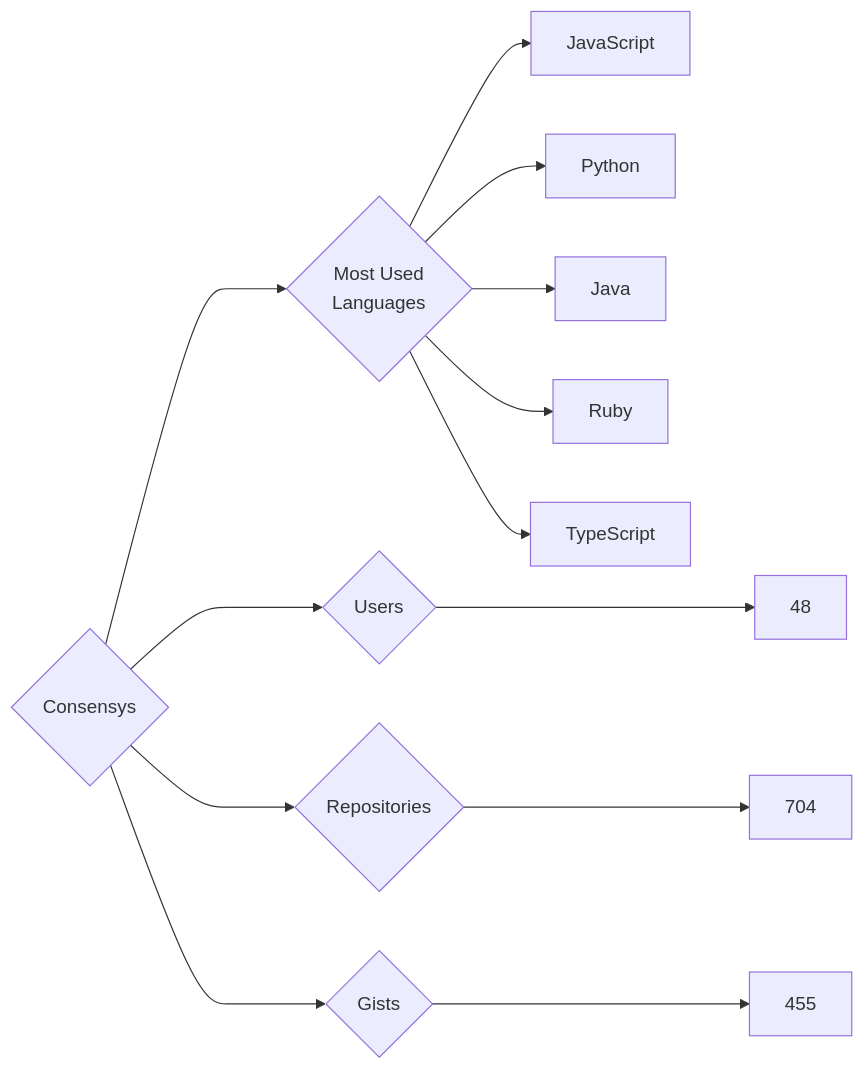
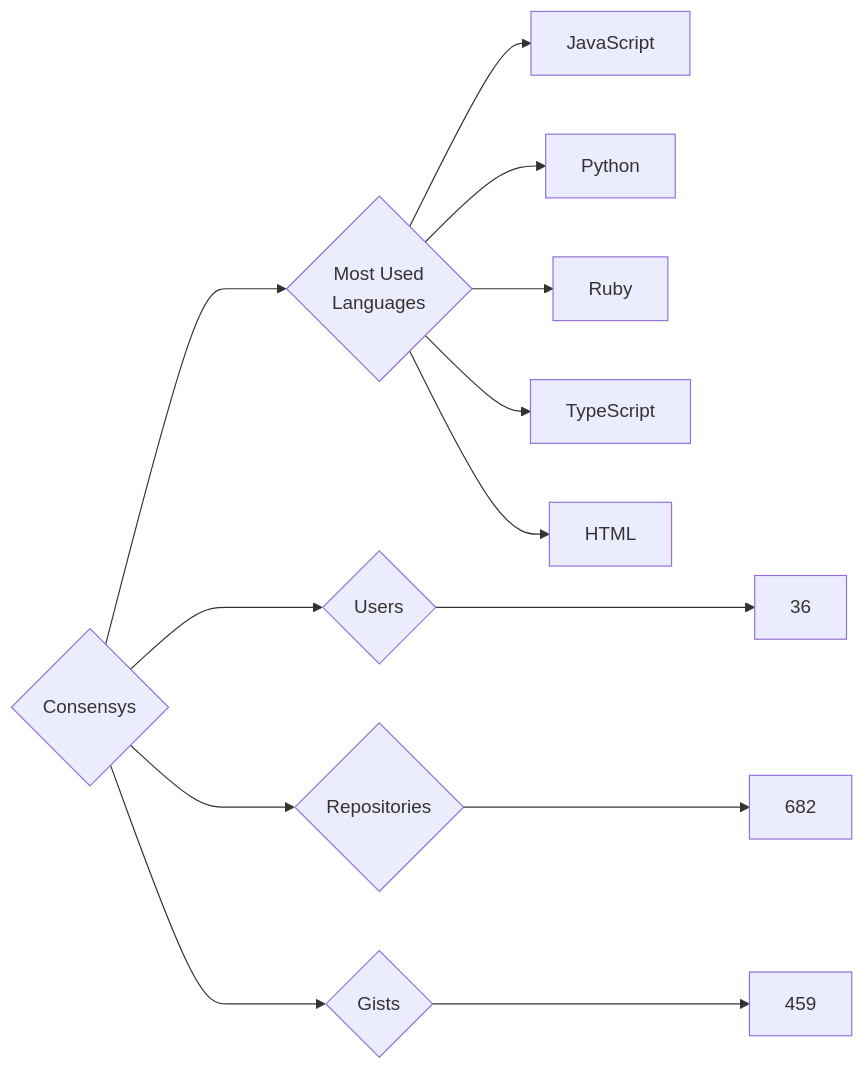
Before and after one commit to trickest/insiders: the diagram in targets/Consensys/README.md, drawn with Mermaid. The commit also changed 888 other files, not shown here.

````diff
--- a/targets/Consensys/README.md
+++ b/targets/Consensys/README.md
@@ -3,13 +3,13 @@
 ```mermaid
 graph LR
 COMPANY_NAME{Consensys}
-COMPANY_NAME ---> U{Users} ---> UN[48]
-COMPANY_NAME ---> R{Repositories} ---> RN[704]
-COMPANY_NAME ---> G{Gists} ---> GN[455]
+COMPANY_NAME ---> U{Users} ---> UN[36]
+COMPANY_NAME ---> R{Repositories} ---> RN[682]
+COMPANY_NAME ---> G{Gists} ---> GN[459]
 COMPANY_NAME ---> ML{Most Used<br>Languages}
 ML --> JavaScript[JavaScript]
 ML --> Python[Python]
-ML --> Java[Java]
 ML --> Ruby[Ruby]
 ML --> TypeScript[TypeScript]
+ML --> HTML[HTML]
 ```
````
